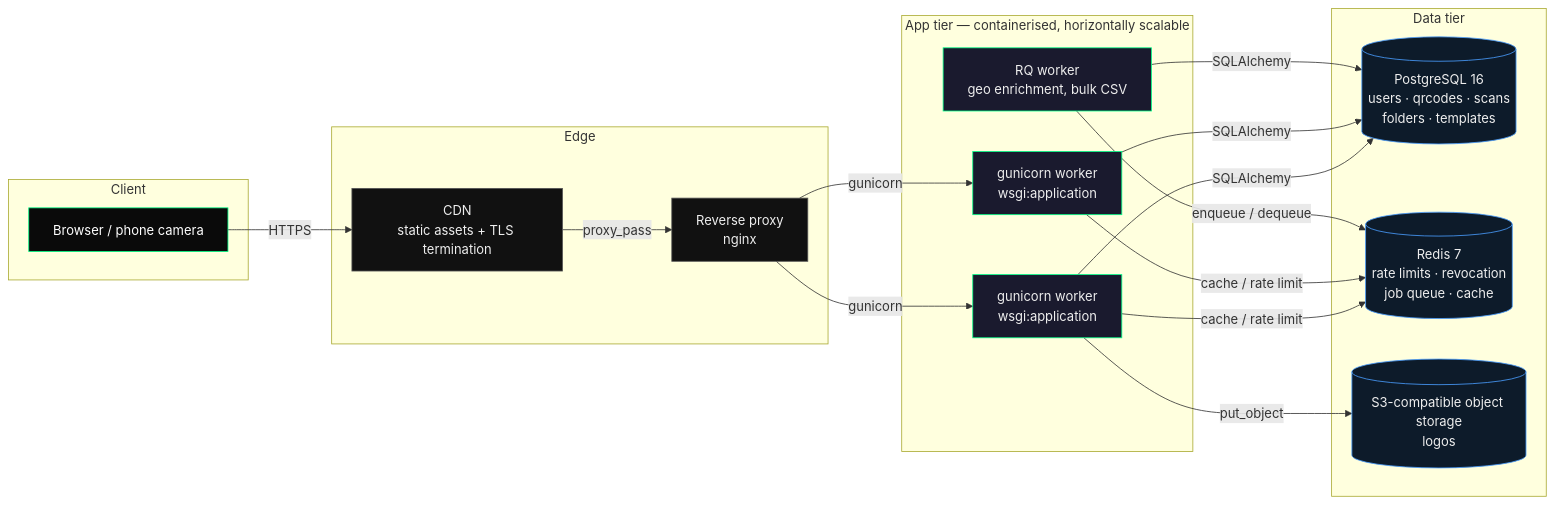
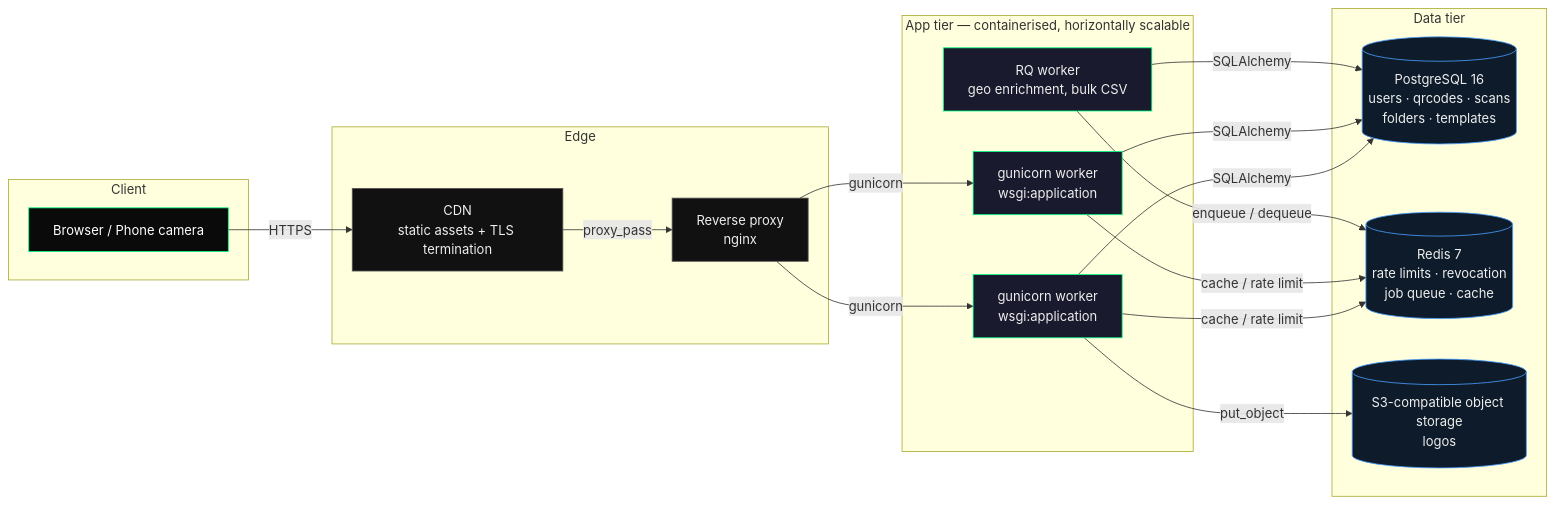
Before and after one commit to WHITEJACK5/DYNAMIC-QR: the diagram in README.md, drawn with Mermaid. The commit also changed other lines of this file, not shown here.

````diff
--- a/README.md
+++ b/README.md
@@ -382,41 +75,40 @@
 ```mermaid
-%% Rendered by GitHub from docs/architecture.mmd. The diagram is the text,
-%% so it cannot drift from what the code actually does.
+%% Rendered by GitHub from docs/architecture.mmd
 flowchart LR
     subgraph client["Client"]
-        B["Browser / phone camera"]
+        B["Browser / Phone camera"]
     end
     subgraph edge["Edge"]
         CDN["CDN<br/>static assets + TLS termination"]
         LB["Reverse proxy<br/>nginx"]
     end
     subgraph app["App tier — containerised, horizontally scalable"]
         W1["gunicorn worker<br/>wsgi:application"]
         W2["gunicorn worker<br/>wsgi:application"]
         J["RQ worker<br/>geo enrichment, bulk CSV"]
     end
     subgraph data["Data tier"]
         PG[("PostgreSQL 16<br/>users · qrcodes · scans<br/>folders · templates")]
         RD[("Redis 7<br/>rate limits · revocation<br/>job queue · cache")]
         S3[("S3-compatible object storage<br/>logos")]
     end
     B -->|"HTTPS"| CDN
     CDN -->|"proxy_pass"| LB
     LB -->|"gunicorn"| W1
     LB -->|"gunicorn"| W2
     W1 -->|"SQLAlchemy"| PG
     W2 -->|"SQLAlchemy"| PG
     W1 -->|"cache / rate limit"| RD
     W2 -->|"cache / rate limit"| RD
     W1 -->|"put_object"| S3
     J -->|"SQLAlchemy"| PG
     J -->|"enqueue / dequeue"| RD
     classDef client fill:#0A0A0A,stroke:#00FF88,color:#fff
     classDef edge fill:#111,stroke:#555,color:#eee
     classDef app fill:#1a1a2e,stroke:#00FF88,color:#eee
     classDef data fill:#0d1b2a,stroke:#4a9eff,color:#eee
     class B client
     class CDN,LB edge
     class W1,W2,J app
     class PG,RD,S3 data
 ```
````
